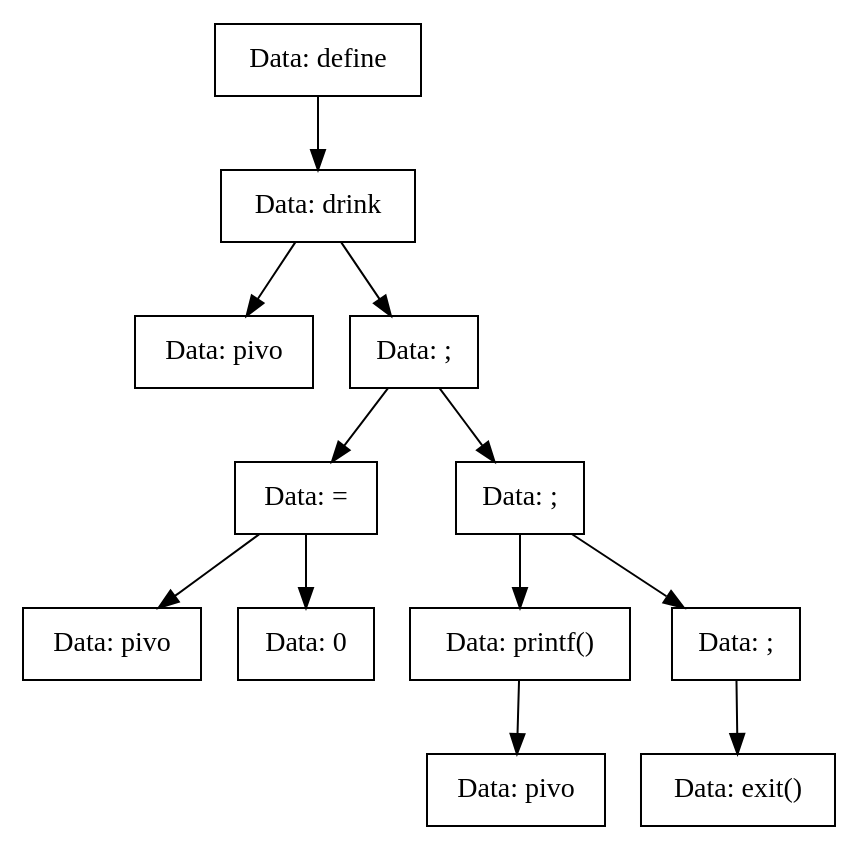
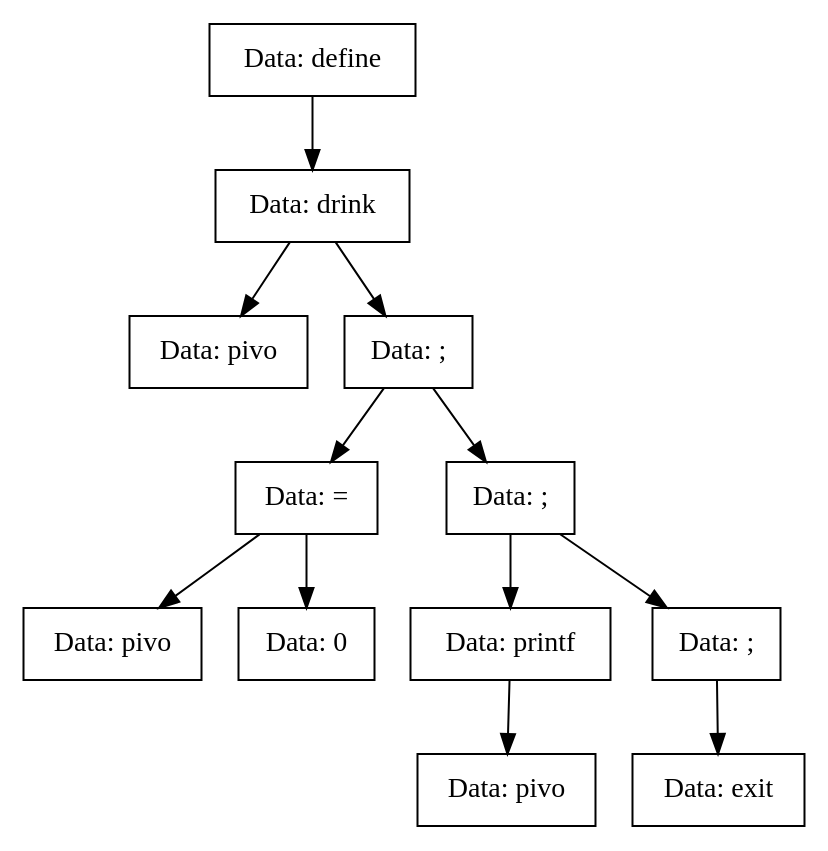
The diagram in TreeDump/drink-utf8.dot (vorontsov-amd/Compiller), drawn with Graphviz before and after one commit. The commit also changed 16 other files, not shown here.

```diff
--- a/TreeDump/drink-utf8.dot
+++ b/TreeDump/drink-utf8.dot
@@ -1,25 +1,25 @@
 digraph drink{
-Node0x559689da5e00[shape="record", label="Data: define"];
-Node0x559689da5e50[shape="record", label="Data: drink"];
-Node0x559689da5ea0[shape="record", label="Data: pivo"];
-Node0x559689da5e50->Node0x559689da5ea0;
-Node0x559689da5cc0[shape="record", label="Data: ;"];
-Node0x559689da6080[shape="record", label="Data: ="];
-Node0x559689da5fe0[shape="record", label="Data: pivo"];
-Node0x559689da6080->Node0x559689da5fe0;
-Node0x559689da64e0[shape="record", label="Data: 0"];
-Node0x559689da6080->Node0x559689da64e0;
-Node0x559689da5cc0->Node0x559689da6080;
-Node0x559689da5ef0[shape="record", label="Data: ;"];
-Node0x559689da63a0[shape="record", label="Data: printf()"];
-Node0x559689da5d10[shape="record", label="Data: pivo"];
-Node0x559689da63a0->Node0x559689da5d10;
-Node0x559689da5ef0->Node0x559689da63a0;
-Node0x559689da60d0[shape="record", label="Data: ;"];
-Node0x559689da6300[shape="record", label="Data: exit()"];
-Node0x559689da60d0->Node0x559689da6300;
-Node0x559689da5ef0->Node0x559689da60d0;
-Node0x559689da5cc0->Node0x559689da5ef0;
-Node0x559689da5e50->Node0x559689da5cc0;
-Node0x559689da5e00->Node0x559689da5e50;
+Node0x55af1790c360[shape="record", label="Data: define"];
+Node0x55af1790c3b0[shape="record", label="Data: drink"];
+Node0x55af1790c400[shape="record", label="Data: pivo"];
+Node0x55af1790c3b0->Node0x55af1790c400;
+Node0x55af1790c220[shape="record", label="Data: ;"];
+Node0x55af1790c5e0[shape="record", label="Data: ="];
+Node0x55af1790c540[shape="record", label="Data: pivo"];
+Node0x55af1790c5e0->Node0x55af1790c540;
+Node0x55af1790ca40[shape="record", label="Data: 0"];
+Node0x55af1790c5e0->Node0x55af1790ca40;
+Node0x55af1790c220->Node0x55af1790c5e0;
+Node0x55af1790c450[shape="record", label="Data: ;"];
+Node0x55af1790c9a0[shape="record", label="Data: printf"];
+Node0x55af1790c7c0[shape="record", label="Data: pivo"];
+Node0x55af1790c9a0->Node0x55af1790c7c0;
+Node0x55af1790c450->Node0x55af1790c9a0;
+Node0x55af1790c4f0[shape="record", label="Data: ;"];
+Node0x55af1790c770[shape="record", label="Data: exit"];
+Node0x55af1790c4f0->Node0x55af1790c770;
+Node0x55af1790c450->Node0x55af1790c4f0;
+Node0x55af1790c220->Node0x55af1790c450;
+Node0x55af1790c3b0->Node0x55af1790c220;
+Node0x55af1790c360->Node0x55af1790c3b0;
 }
```
